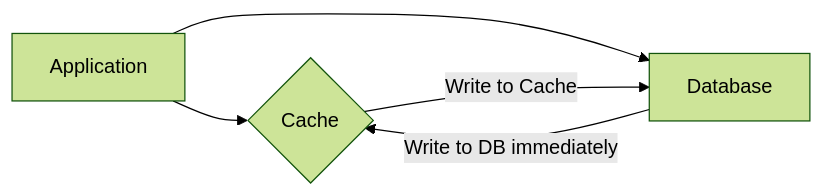
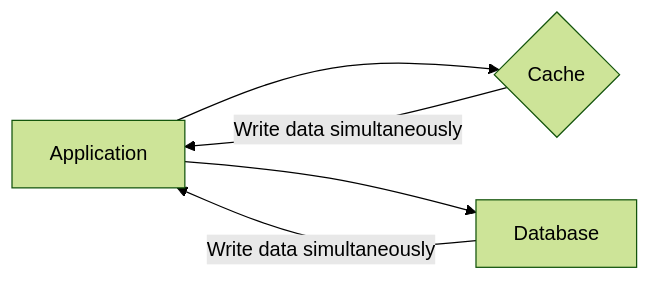
Before and after one commit to alaminedione/leJardinDesNotes: the third of 4 diagrams in content/system-design-concepts/31-strategies-de-mise-en-cache.md, drawn with Mermaid (forest theme). The commit also changed other lines of this file and 30 other files, not shown here.

````diff
--- a/content/system-design-concepts/31-strategies-de-mise-en-cache.md
+++ b/content/system-design-concepts/31-strategies-de-mise-en-cache.md
@@ -64,7 +136,6 @@
 ```mermaid
 graph LR
     A[Application] --> C{Cache}
     A --> D[Database]
-    C -->|Write to Cache| D
-    D -->|Write to DB immediately| C
+    C & D -->|Write data simultaneously| A
 ```
````
